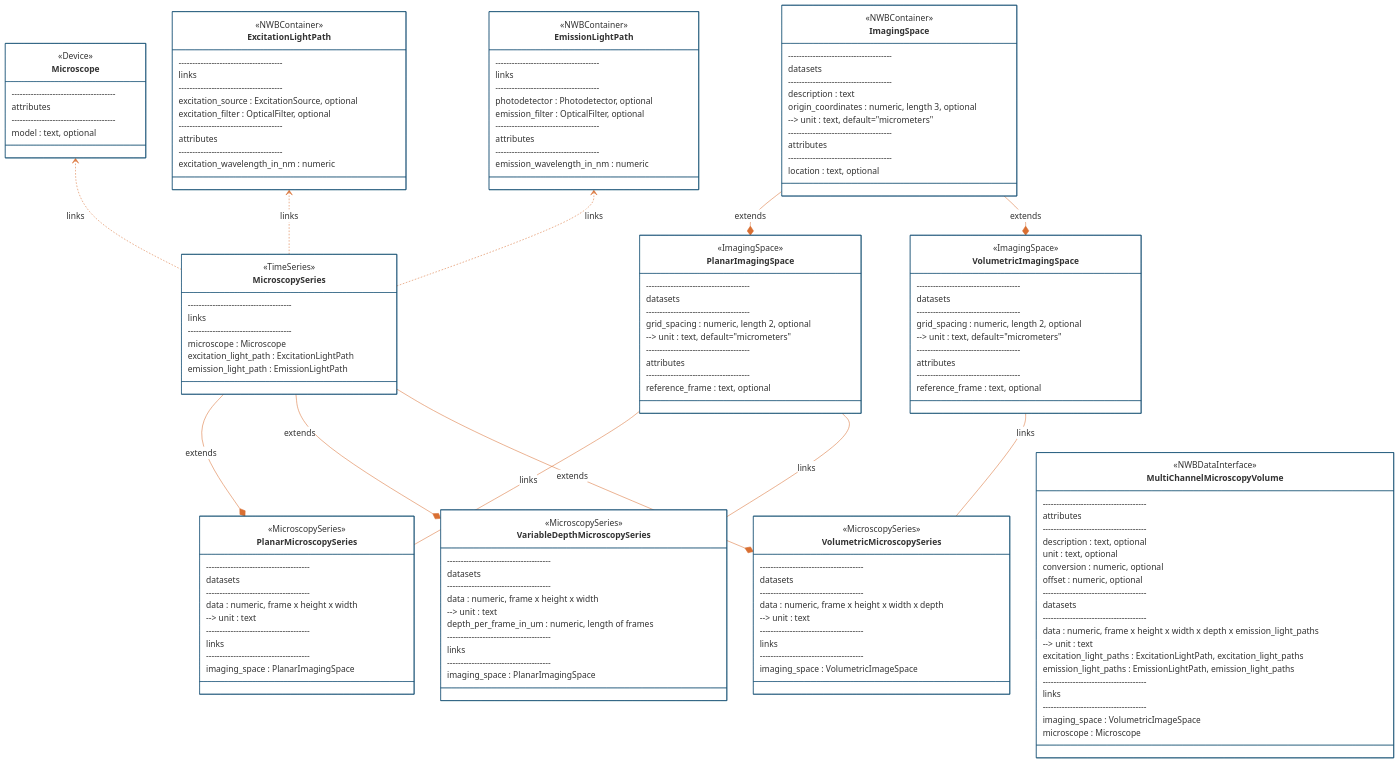
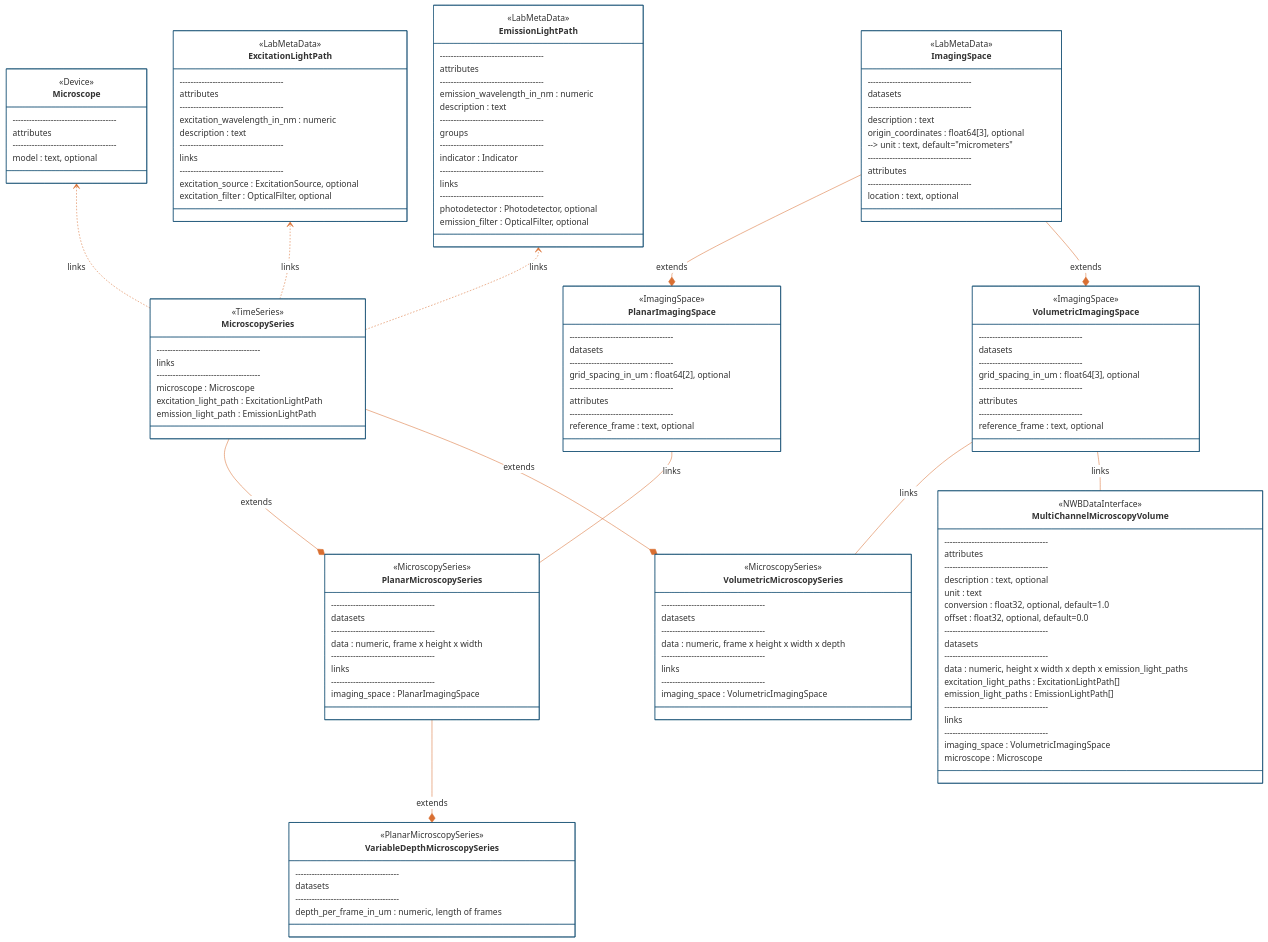
Before and after one commit to catalystneuro/ndx-microscopy: the second of 2 diagrams in README.md, drawn with Mermaid. The commit also changed other lines of this file, not shown here.

````diff
--- a/README.md
+++ b/README.md
@@ -25,13 +164,11 @@
 ```mermaid
-%%{init: {'theme': 'base', 'themeVariables': {'primaryColor': '#ffffff', "primaryBorderColor': '#144E73', 'lineColor': '#D96F32'}}}%%
-
+%%{init: {'theme': 'base', 'themeVariables': {'primaryColor': '#ffffff', 'primaryBorderColor': '#144E73', 'lineColor': '#D96F32'}}}%%
 
 classDiagram
     direction BT
 
     class MicroscopySeries {
         <<TimeSeries>>
-
         --------------------------------------
         links
         --------------------------------------
@@ -42,13 +179,10 @@
 
     class PlanarMicroscopySeries {
         <<MicroscopySeries>>
-
         --------------------------------------
         datasets
         --------------------------------------
         data : numeric, frame x height x width
-        --> unit : text
-
         --------------------------------------
         links
         --------------------------------------
@@ -56,141 +190,119 @@
     }
 
     class VariableDepthMicroscopySeries {
-        <<MicroscopySeries>>
-
+        <<PlanarMicroscopySeries>>
         --------------------------------------
         datasets
         --------------------------------------
-        data : numeric, frame x height x width
-        --> unit : text
         depth_per_frame_in_um : numeric, length of frames
-
-        --------------------------------------
-        links
-        --------------------------------------
-        imaging_space : PlanarImagingSpace
     }
 
     class VolumetricMicroscopySeries {
         <<MicroscopySeries>>
-
         --------------------------------------
         datasets
         --------------------------------------
         data : numeric, frame x height x width x depth
-        --> unit : text
-
         --------------------------------------
         links
         --------------------------------------
-        imaging_space : VolumetricImageSpace
+        imaging_space : VolumetricImagingSpace
     }
 
     class MultiChannelMicroscopyVolume {
         <<NWBDataInterface>>
-
         --------------------------------------
         attributes
         --------------------------------------
         description : text, optional
-        unit : text, optional
-        conversion : numeric, optional
-        offset : numeric, optional
-
+        unit : text
+        conversion : float32, optional, default=1.0
+        offset : float32, optional, default=0.0
         --------------------------------------
         datasets
         --------------------------------------
-        data : numeric, frame x height x width x depth x emission_light_paths
-        --> unit : text
-        excitation_light_paths : ExcitationLightPath, excitation_light_paths
-        emission_light_paths : EmissionLightPath, emission_light_paths
-
+        data : numeric, height x width x depth x emission_light_paths
+        excitation_light_paths : ExcitationLightPath[]
+        emission_light_paths : EmissionLightPath[]
         --------------------------------------
         links
         --------------------------------------
-        imaging_space : VolumetricImageSpace
+        imaging_space : VolumetricImagingSpace
         microscope : Microscope
     }
-
-    class ImagingSpace{
-        <<NWBContainer>>
-
+    
+    class ImagingSpace {
+        <<LabMetaData>>
         --------------------------------------
         datasets
         --------------------------------------
         description : text
-        origin_coordinates : numeric, length 3, optional
+        origin_coordinates : float64[3], optional
         --> unit : text, default="micrometers"
-
         --------------------------------------
         attributes
         --------------------------------------
         location : text, optional
     }
 
-    class PlanarImagingSpace{
+    class PlanarImagingSpace {
         <<ImagingSpace>>
-
         --------------------------------------
         datasets
         --------------------------------------
-        grid_spacing : numeric, length 2, optional
-        --> unit : text, default="micrometers"
-
+        grid_spacing_in_um : float64[2], optional
         --------------------------------------
         attributes
         --------------------------------------
         reference_frame : text, optional
     }
 
-    class VolumetricImagingSpace{
+    class VolumetricImagingSpace {
         <<ImagingSpace>>
-
         --------------------------------------
         datasets
         --------------------------------------
-        grid_spacing : numeric, length 2, optional
-        --> unit : text, default="micrometers"
-
+        grid_spacing_in_um : float64[3], optional
         --------------------------------------
         attributes
         --------------------------------------
         reference_frame : text, optional
     }
 
-    class ExcitationLightPath{
-        <<NWBContainer>>
-
+    class ExcitationLightPath {
+        <<LabMetaData>>
+        --------------------------------------
+        attributes
+        --------------------------------------
+        excitation_wavelength_in_nm : numeric
+        description : text
         --------------------------------------
         links
         --------------------------------------
         excitation_source : ExcitationSource, optional
         excitation_filter : OpticalFilter, optional
+    }
 
+    class EmissionLightPath {
+        <<LabMetaData>>
         --------------------------------------
         attributes
         --------------------------------------
-        excitation_wavelength_in_nm : numeric
-    }
-
-    class EmissionLightPath{
-        <<NWBContainer>>
-
+        emission_wavelength_in_nm : numeric
+        description : text
+        --------------------------------------
+        groups
+        --------------------------------------
+        indicator : Indicator
         --------------------------------------
         links
         --------------------------------------
         photodetector : Photodetector, optional
         emission_filter : OpticalFilter, optional
-
-        --------------------------------------
-        attributes
-        --------------------------------------
-        emission_wavelength_in_nm : numeric
     }
 
-    class Microscope{
+    class Microscope {
         <<Device>>
-
         --------------------------------------
         attributes
         --------------------------------------
@@ -199,10 +311,10 @@
 
     PlanarMicroscopySeries *-- MicroscopySeries : extends
     PlanarMicroscopySeries -- PlanarImagingSpace : links
-    VariableDepthMicroscopySeries *-- MicroscopySeries : extends
-    VariableDepthMicroscopySeries -- PlanarImagingSpace : links
+    VariableDepthMicroscopySeries *-- PlanarMicroscopySeries : extends
     VolumetricMicroscopySeries *-- MicroscopySeries : extends
     VolumetricMicroscopySeries -- VolumetricImagingSpace : links
+    MultiChannelMicroscopyVolume -- VolumetricImagingSpace : links
     PlanarImagingSpace *-- ImagingSpace : extends
     VolumetricImagingSpace *-- ImagingSpace : extends
     MicroscopySeries ..> Microscope : links
````
